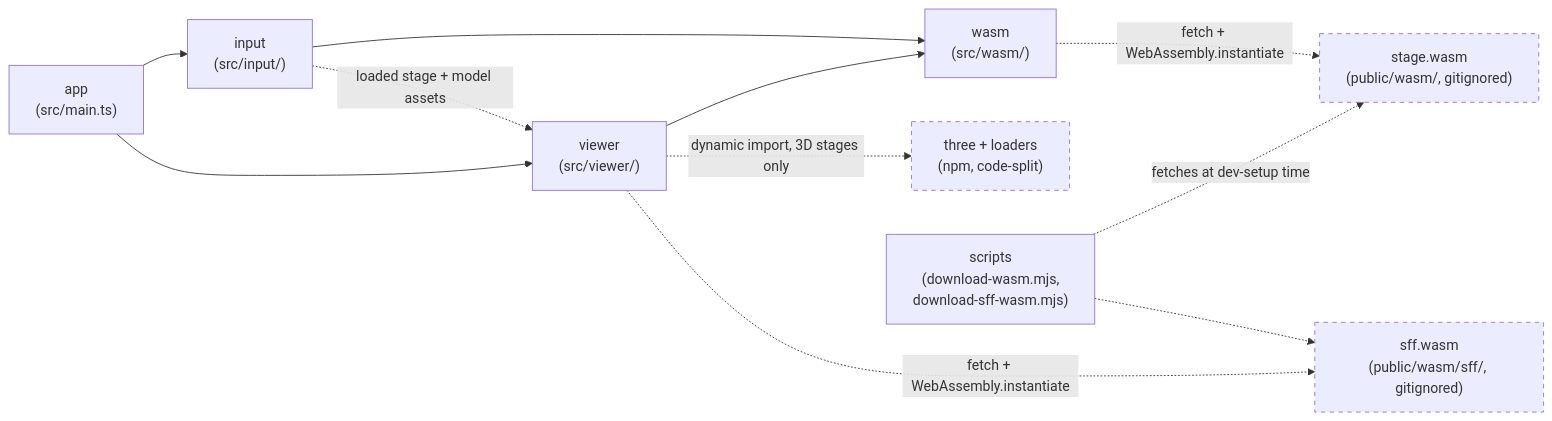
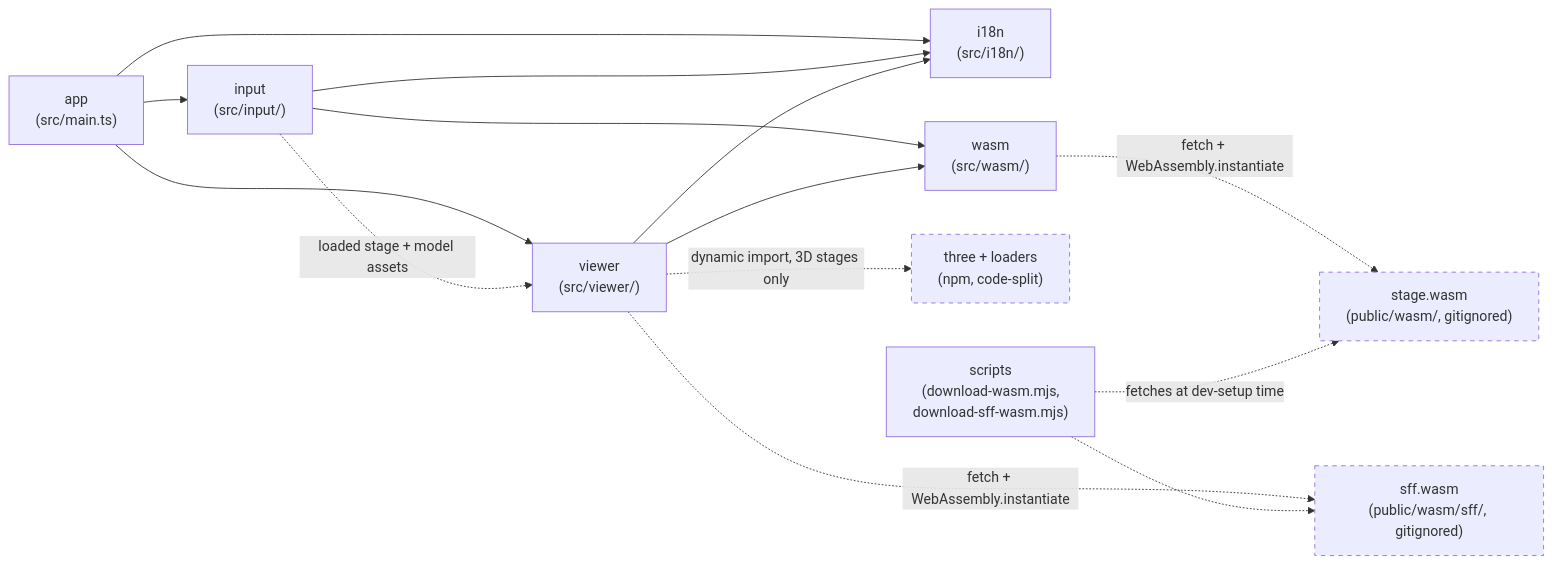
One commit to openkakutou/stage-viewer-web changed the diagram in docs/architecture.md. Above: the diagram before and after it, drawn with Mermaid. The commit also changed other lines of this file and 26 other files, not shown here.

````diff
--- a/docs/architecture.md
+++ b/docs/architecture.md
@@ -12,17 +12,20 @@
 ```mermaid
 flowchart LR
     app["app\n(src/main.ts)"] --> input["input\n(src/input/)"]
     app --> viewer["viewer\n(src/viewer/)"]
+    app --> i18n["i18n\n(src/i18n/)"]
+    input --> i18n
+    viewer --> i18n
     input --> wasm["wasm\n(src/wasm/)"]
     input -.->|loaded stage + model assets| viewer
     viewer --> wasm
     viewer -.->|dynamic import, 3D stages only| three["three + loaders\n(npm, code-split)"]
     wasm -.->|fetch + WebAssembly.instantiate| module["stage.wasm\n(public/wasm/, gitignored)"]
     viewer -.->|fetch + WebAssembly.instantiate| sffModule["sff.wasm\n(public/wasm/sff/, gitignored)"]
     scripts["scripts\n(download-wasm.mjs,\ndownload-sff-wasm.mjs)"] -.->|fetches at dev-setup time| module
     scripts -.-> sffModule
 
     style module stroke-dasharray: 5 5
     style sffModule stroke-dasharray: 5 5
     style three stroke-dasharray: 5 5
 ```
````
